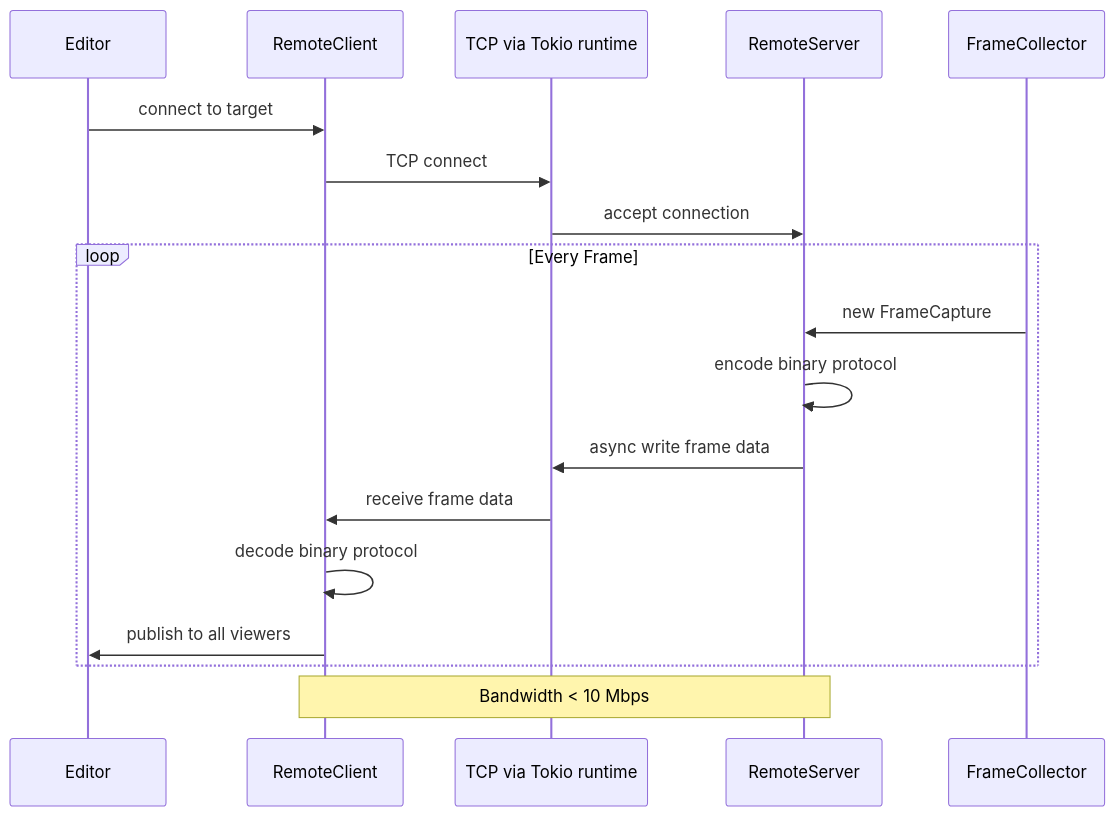
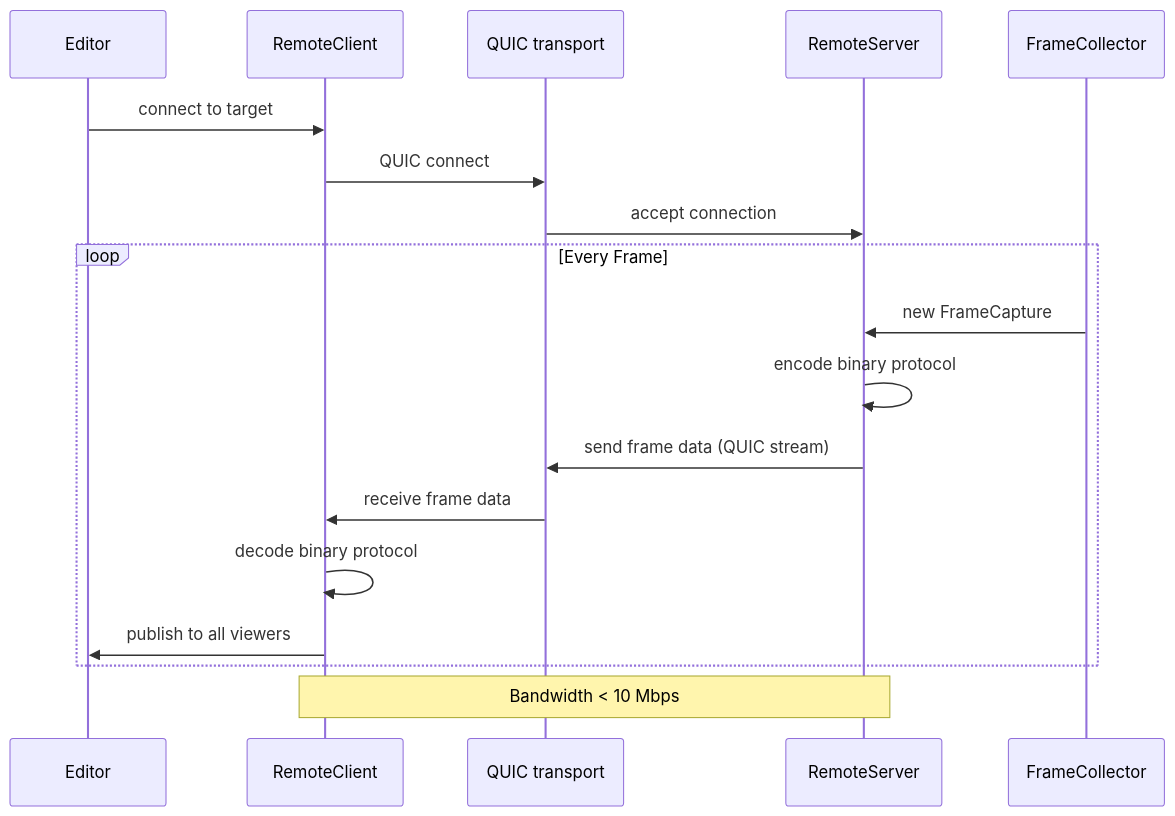
Before and after one commit to harmonius-dev/harmonius: the fifth of 6 diagrams in docs/design/tools/profiler.md, drawn with Mermaid. The commit also changed other lines of this file and 174 other files, not shown here.

````diff
--- a/docs/design/tools/profiler.md
+++ b/docs/design/tools/profiler.md
@@ -250,23 +217,23 @@
 ```mermaid
 sequenceDiagram
     participant E as Editor
     participant RC as RemoteClient
-    participant NET as TCP via Tokio runtime
+    participant NET as QUIC transport
     participant RS as RemoteServer
     participant FC as FrameCollector
 
     E->>RC: connect to target
-    RC->>NET: TCP connect
+    RC->>NET: QUIC connect
     NET->>RS: accept connection
 
     loop Every Frame
         FC->>RS: new FrameCapture
         RS->>RS: encode binary protocol
-        RS->>NET: async write frame data
+        RS->>NET: send frame data (QUIC stream)
         NET->>RC: receive frame data
         RC->>RC: decode binary protocol
         RC->>E: publish to all viewers
     end
 
     Note over RS,RC: Bandwidth < 10 Mbps
 ```
````
